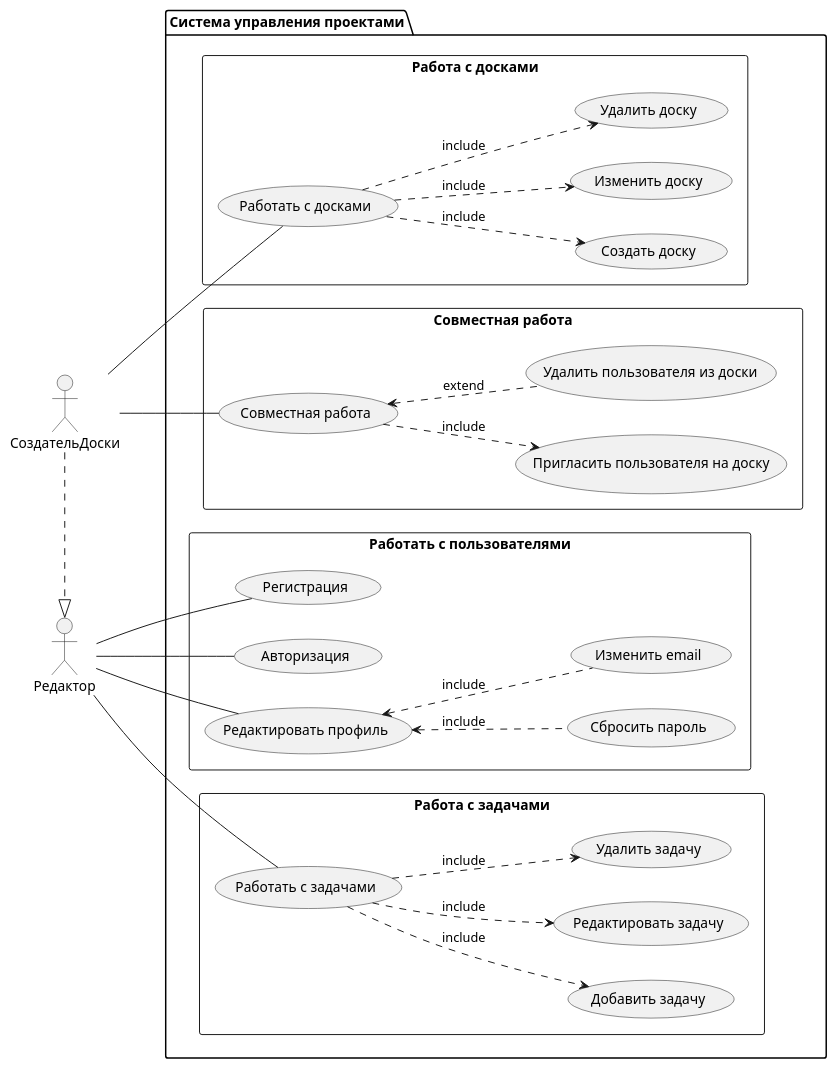
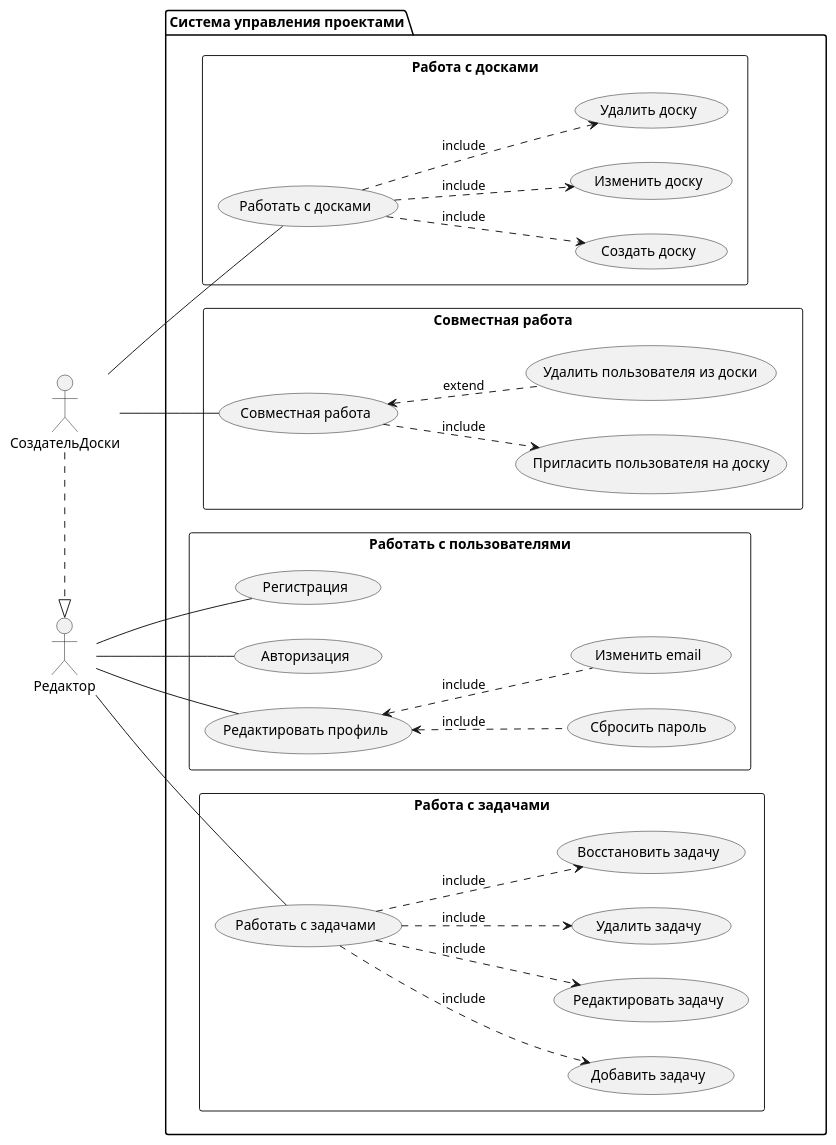
One commit to kemmed/KanbanApp changed the diagram in doc/diagrams/UseCase.puml. Above: the diagram before and after it, drawn with PlantUML. The commit also changed 7 other files, not shown here.

```diff
--- a/doc/diagrams/UseCase.puml
+++ b/doc/diagrams/UseCase.puml
@@ -1,59 +1,61 @@
 @startuml usecaseDiagram
 left to right direction
 
 actor Редактор as Editor
 actor СоздательДоски as Creator
 package "Система управления проектами" {
     rectangle "Работать с пользователями" {
         usecase "Регистрация" as RegUC
         usecase "Авторизация" as AuthUC
 
         usecase "Редактировать профиль" as UserUC
             usecase "Сбросить пароль" as PassUC
             usecase "Изменить еmail" as EmailUC
     }
 
     rectangle "Работа с досками" {
         usecase "Работать с досками" as BoardUC
             usecase "Создать доску" as BoardCreateUC
             usecase "Изменить доску" as BoardEditUC
             usecase "Удалить доску" as BoardDeleteUC
     }
 
     rectangle "Работа с задачами" {
         usecase "Работать с задачами" as TaskUC
             usecase "Добавить задачу" as TaskCreateUC
             usecase "Редактировать задачу" as TaskEditUC
             usecase "Удалить задачу" as TaskDeletetUC
+            usecase "Восстановить задачу" as TaskRestoreUC
     }
 
     rectangle "Совместная работа" {
         usecase "Совместная работа" as СollaborationUC
             usecase "Пригласить пользователя на доску" as InviteUC
             usecase "Удалить пользователя из доски" as RemoveUC
     }
 
 
 Creator .|> Editor
 
 Editor -- RegUC
 Editor -- AuthUC
 Editor -- UserUC
     UserUC <.. PassUC: "include"
     UserUC <.. EmailUC: "include"
 
 Editor -- TaskUC
     TaskUC ..> TaskCreateUC: "include"
     TaskUC ..> TaskEditUC: "include"
     TaskUC ..> TaskDeletetUC: "include"
+    TaskUC ..>TaskRestoreUC: "include"
 
 Creator -- СollaborationUC
     СollaborationUC ..> InviteUC: "include"
     СollaborationUC <.. RemoveUC: "extend"
 
 Creator -- BoardUC
     BoardUC ..> BoardCreateUC: "include"
     BoardUC ..> BoardEditUC: "include"
     BoardUC ..> BoardDeleteUC: "include"
 }
 @enduml
```
